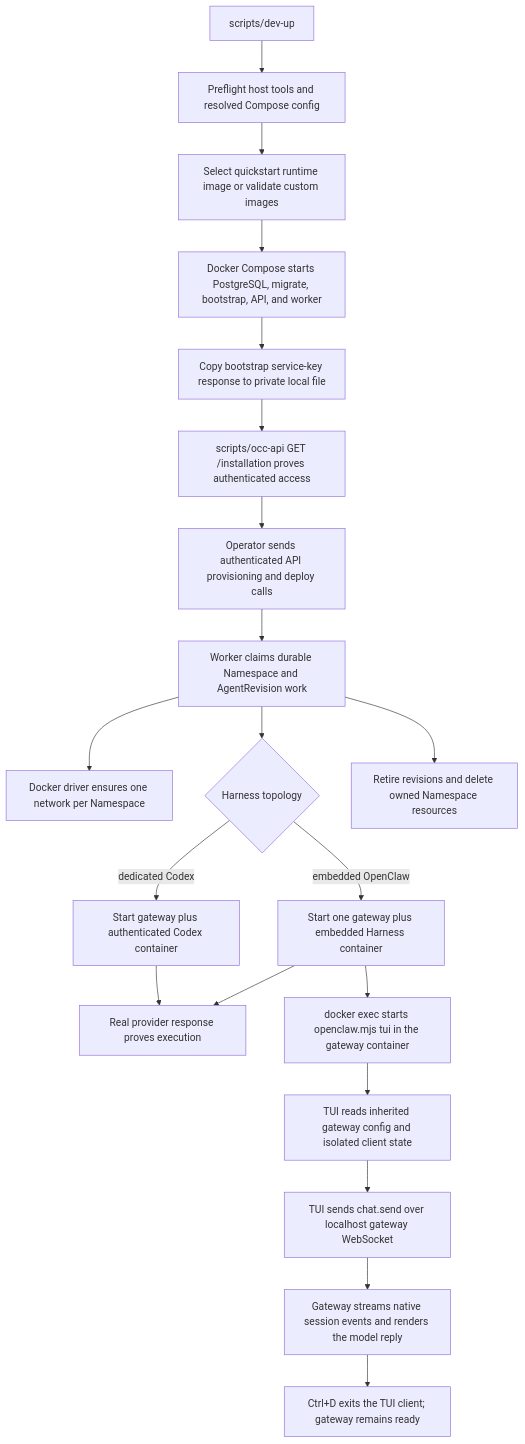
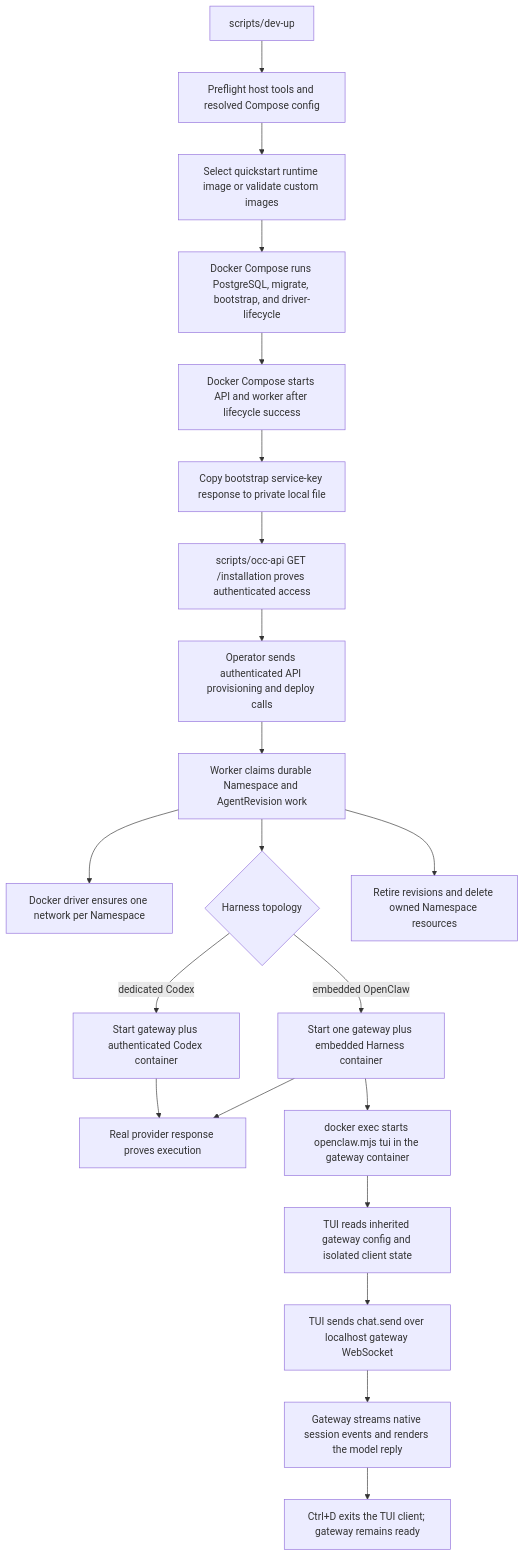
The diagram in docs/flows/docker-compose-development.md (IsaiahStapleton/openclaw-enterprise), drawn with Mermaid before and after one commit. The commit also changed other lines of this file and 185 other files, not shown here.

First line of the commit message:
feat: add Driver lifecycle hooks and enforce documentation limits

````diff
--- a/docs/flows/docker-compose-development.md
+++ b/docs/flows/docker-compose-development.md
@@ -53,22 +55,23 @@
 ```mermaid
 graph TD
   A["scripts/dev-up"] --> B["Preflight host tools and resolved Compose config"]
   B --> C["Select quickstart runtime image or validate custom images"]
-  C --> D["Docker Compose starts PostgreSQL, migrate, bootstrap, API, and worker"]
-  D --> E["Copy bootstrap service-key response to private local file"]
-  E --> F["scripts/occ-api GET /installation proves authenticated access"]
-  F --> G["Operator sends authenticated API provisioning and deploy calls"]
-  G --> H["Worker claims durable Namespace and AgentRevision work"]
+  C --> D["Docker Compose runs PostgreSQL, migrate, bootstrap, and driver-lifecycle"]
+  D --> E["Docker Compose starts API and worker after lifecycle success"]
+  E --> F["Copy bootstrap service-key response to private local file"]
+  F --> G["scripts/occ-api GET /installation proves authenticated access"]
+  G --> T["Operator sends authenticated API provisioning and deploy calls"]
+  T --> H["Worker claims durable Namespace and AgentRevision work"]
   H --> I["Docker driver ensures one network per Namespace"]
   H --> J{"Harness topology"}
   J -->|embedded OpenClaw| K["Start one gateway plus embedded Harness container"]
   J -->|dedicated Codex| L["Start gateway plus authenticated Codex container"]
   K --> M["Real provider response proves execution"]
   L --> M
   K --> N["docker exec starts openclaw.mjs tui in the gateway container"]
   N --> O["TUI reads inherited gateway config and isolated client state"]
   O --> P["TUI sends chat.send over localhost gateway WebSocket"]
   P --> Q["Gateway streams native session events and renders the model reply"]
   Q --> R["Ctrl+D exits the TUI client; gateway remains ready"]
   H --> S["Retire revisions and delete owned Namespace resources"]
 ```
````
